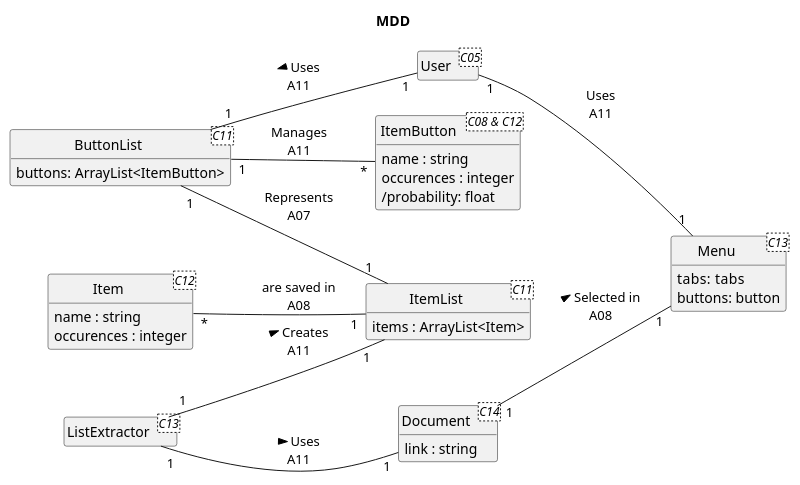
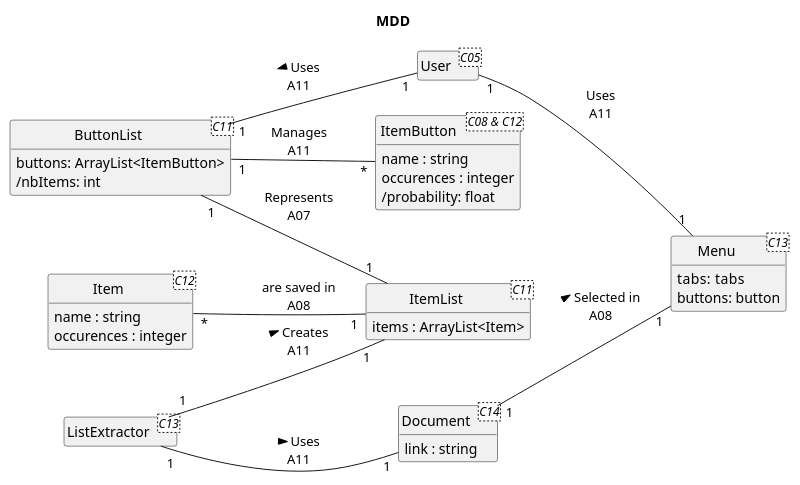
One commit to vexys001/RandoTracker changed the diagram in docs/MDD/mdd_v1.puml. Above: the diagram before and after it, drawn with PlantUML. The commit also changed 4 other files, not shown here.

```diff
--- a/docs/MDD/mdd_v1.puml
+++ b/docs/MDD/mdd_v1.puml
@@ -1,55 +1,56 @@
 @startuml
 skinparam style strictuml
 skinparam defaultfontname Verdana
 skinparam ControlStereotypeFontColor #blue
 left to right direction
 hide empty members
 'skinparam linetype ortho
 
 title MDD
 
 class User <C05> {}
 
 class Menu <C13> {
     tabs:  tabs
     buttons: button
 }
 
 class ItemList <C11> {
     items : ArrayList<Item> 
 }
 class Item <C12>  {
   name : string
   occurences : integer
 }
 
 class ButtonList<C11>{
     buttons: ArrayList<ItemButton>
+    /nbItems: int
 }
 
 class ItemButton <C08 & C12> {
     name : string
     occurences : integer
     /probability: float
 }
 
 class ListExtractor <C13> {}
 
 class Document <C14> {
     link : string
 }
 
 Document "1" -- "1" Menu : > Selected in\nA08
 ListExtractor "1" -- "1" Document : > Uses\nA11
 
 User "1" -- "1" Menu :  Uses\nA11
 ButtonList "1" -- "1" User : < Uses\nA11
 
 ListExtractor "1" -- "1" ItemList : > Creates\nA11
 
 ItemList "1" -l- "1" ButtonList : Represents\nA07
 ButtonList "1" -- "*" ItemButton : Manages\nA11
 
 Item "*" -- "1" ItemList : are saved in\nA08
 
 @enduml
```
